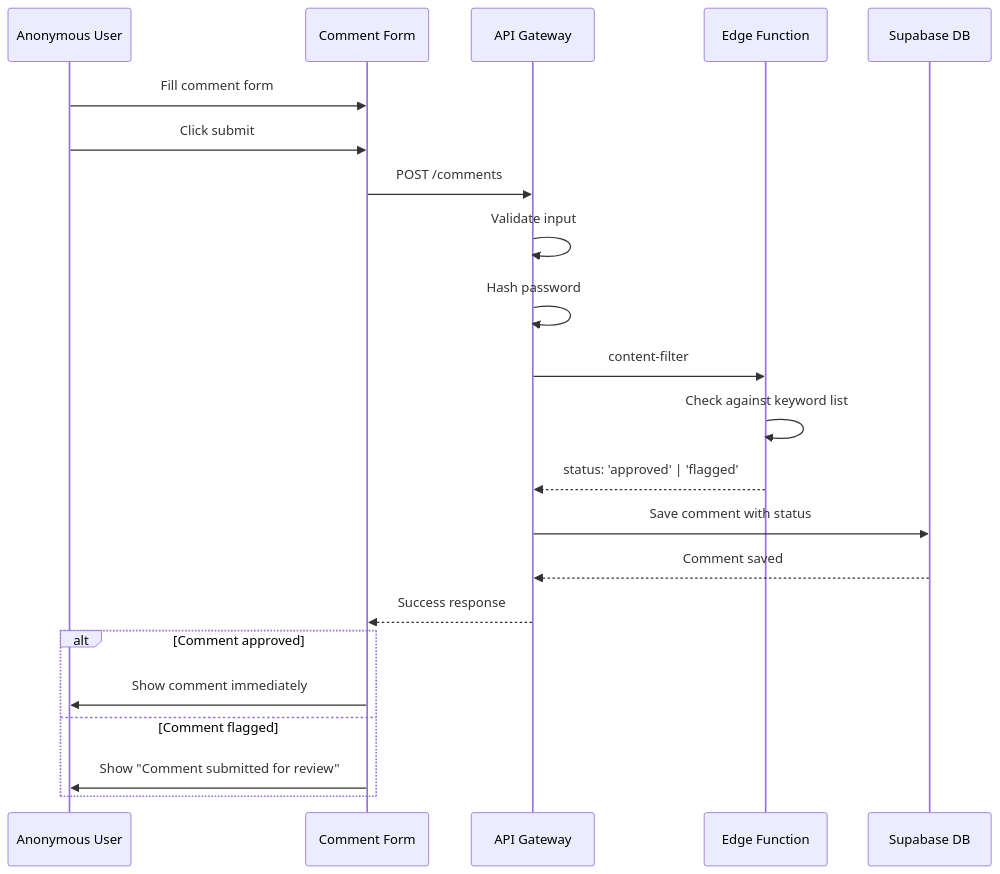
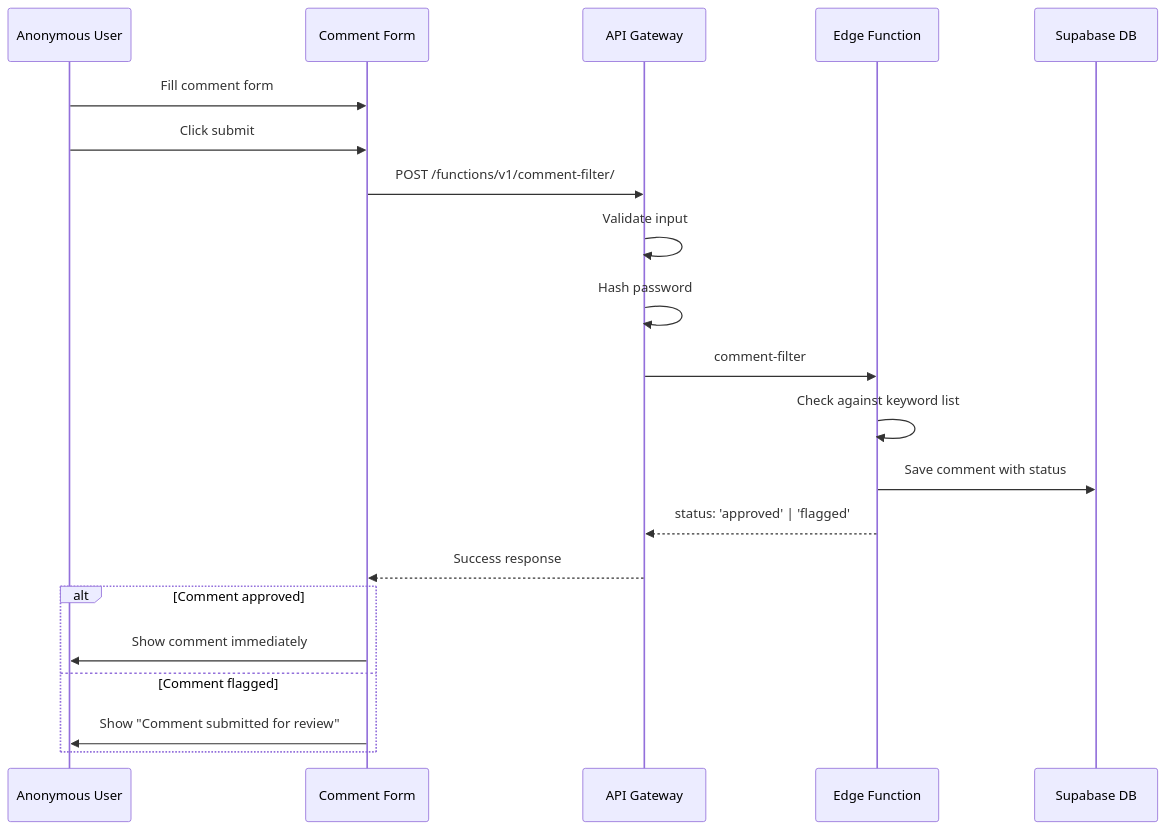
One commit to jkjan/nowhereland changed the first of 6 diagrams in prd/05-comment-management.md. Above: the diagram before and after it, drawn with Mermaid. The commit also changed other lines of this file and 18 other files, not shown here.

````diff
--- a/prd/05-comment-management.md
+++ b/prd/05-comment-management.md
@@ -62,28 +62,27 @@
 ```mermaid
 sequenceDiagram
     participant U as Anonymous User
     participant UI as Comment Form
     participant API as API Gateway
     participant EDGE as Edge Function
     participant DB as Supabase DB
     
     U->>UI: Fill comment form
     U->>UI: Click submit
-    UI->>API: POST /comments
+    UI->>API: POST /functions/v1/comment-filter/
     API->>API: Validate input
     API->>API: Hash password
     
-    API->>EDGE: content-filter
+    API->>EDGE: comment-filter
     EDGE->>EDGE: Check against keyword list
+    
+    EDGE->>DB: Save comment with status
     EDGE-->>API: status: 'approved' | 'flagged'
-    
-    API->>DB: Save comment with status
-    DB-->>API: Comment saved
     API-->>UI: Success response
     
     alt Comment approved
         UI->>U: Show comment immediately
     else Comment flagged
         UI->>U: Show "Comment submitted for review"
     end
 ```
````
